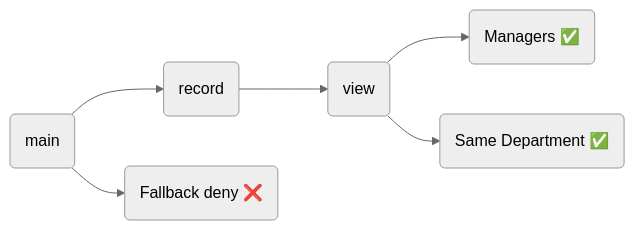
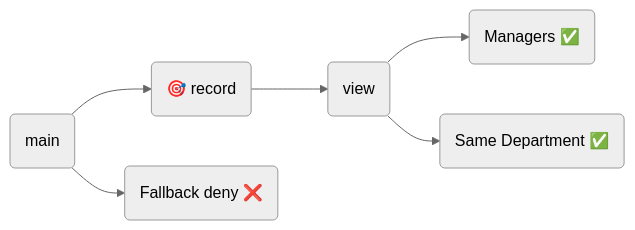
Before and after one commit to davidjbrossard/authzen: the diagram in README.md, drawn with Mermaid (neutral theme).

Commit message:
Update visualization label for record node

````diff
--- a/README.md
+++ b/README.md
@@ -17,8 +17,8 @@
 ```mermaid
   graph LR;
       A("main")-->B;
-      B("record")-->C;
+      B("🎯 record")-->C;
       C("view")-->D1("Managers ✅");
       C("view")-->D2("Same Department ✅");
       A("main")-->E("Fallback deny ❌")
 ```
````
